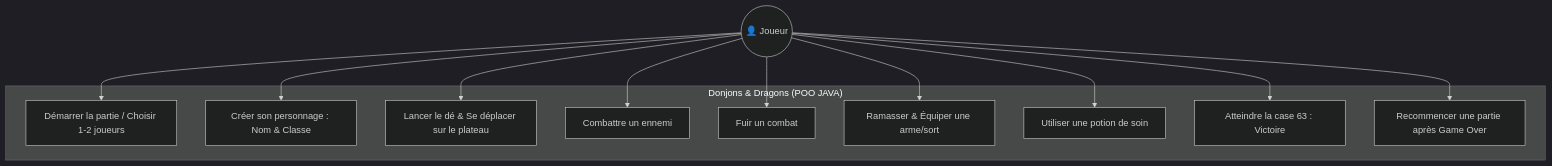
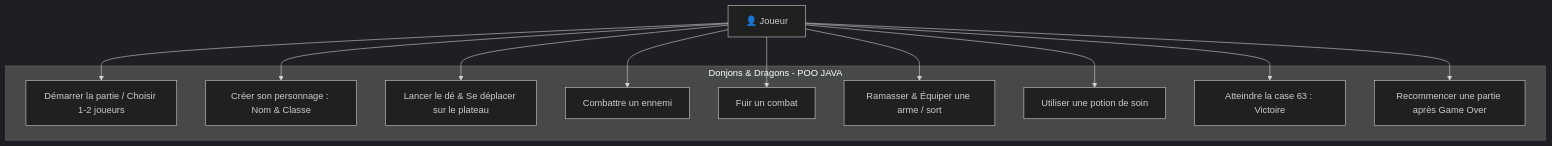
The first of 2 diagrams in README.md (BSourichanh/POO_JAVA), drawn with Mermaid (dark theme) before and after one commit. The commit also changed other lines of this file, not shown here.

Commit message:
fix(docs): resolve Mermaid syntax errors in README.md UML diagrams

````diff
--- a/README.md
+++ b/README.md
@@ -24,26 +24,26 @@
 ```mermaid
-graph TD
-    Joueur((👤 Joueur))
+flowchart TD
+    Joueur["👤 Joueur"]
 
-    subgraph Jeu ["Donjons & Dragons (POO JAVA)"]
-        UC1[Démarrer la partie / Choisir 1-2 joueurs]
-        UC2[Créer son personnage : Nom & Classe]
-        UC3[Lancer le dé & Se déplacer sur le plateau]
-        UC4[Combattre un ennemi]
-        UC5[Fuir un combat]
-        UC6[Ramasser & Équiper une arme/sort]
-        UC7[Utiliser une potion de soin]
-        UC8[Atteindre la case 63 : Victoire]
-        UC9[Recommencer une partie après Game Over]
+    subgraph Jeu ["Donjons & Dragons - POO JAVA"]
+        UC1["Démarrer la partie / Choisir 1-2 joueurs"]
+        UC2["Créer son personnage : Nom & Classe"]
+        UC3["Lancer le dé & Se déplacer sur le plateau"]
+        UC4["Combattre un ennemi"]
+        UC5["Fuir un combat"]
+        UC6["Ramasser & Équiper une arme / sort"]
+        UC7["Utiliser une potion de soin"]
+        UC8["Atteindre la case 63 : Victoire"]
+        UC9["Recommencer une partie après Game Over"]
     end
 
     Joueur --> UC1
     Joueur --> UC2
     Joueur --> UC3
     Joueur --> UC4
     Joueur --> UC5
     Joueur --> UC6
     Joueur --> UC7
     Joueur --> UC8
     Joueur --> UC9
 ```
````
